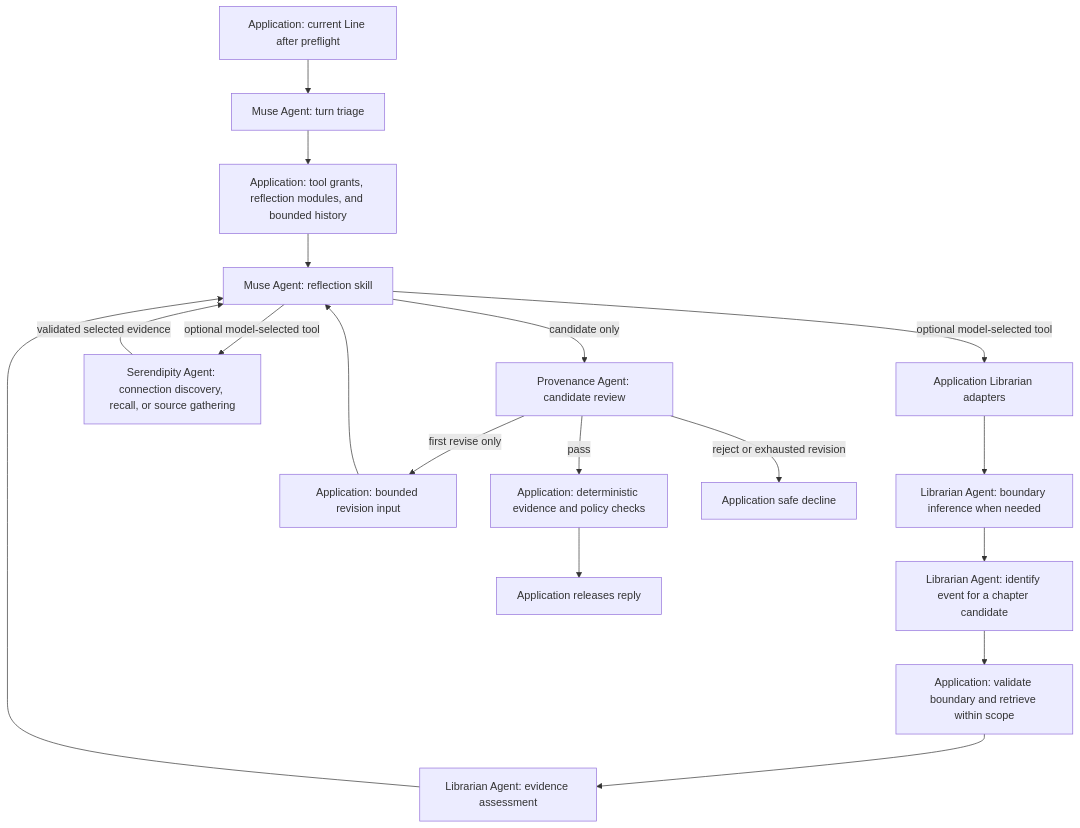
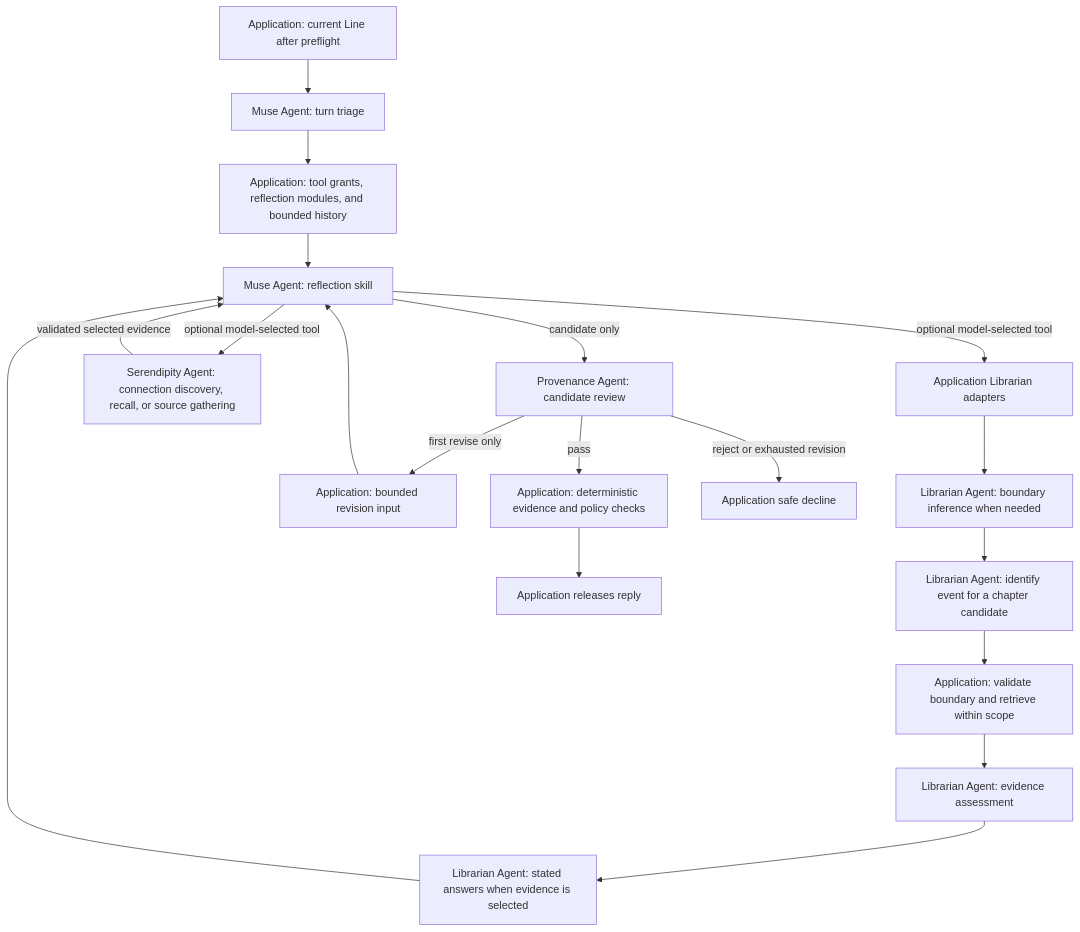
The first of 2 diagrams in docs/specification.md (DesmondChoy/linger), drawn with Mermaid before and after one commit. The commit also changed other lines of this file and 20 other files, not shown here.

Commit message:
feat: list the answers selected records state

````diff
--- a/docs/specification.md
+++ b/docs/specification.md
@@ -307,20 +307,21 @@
 ```mermaid
 flowchart TD
     A[Application: current Line after preflight] --> T[Muse Agent: turn triage]
     T --> G[Application: tool grants, reflection modules, and bounded history]
     G --> M[Muse Agent: reflection skill]
     M -->|optional model-selected tool| L[Application Librarian adapters]
     L --> B[Librarian Agent: boundary inference when needed]
     B --> I[Librarian Agent: identify event for a chapter candidate]
     I --> R[Application: validate boundary and retrieve within scope]
     R --> E[Librarian Agent: evidence assessment]
-    E --> M
+    E --> W[Librarian Agent: stated answers when evidence is selected]
+    W --> M
     M -->|optional model-selected tool| S[Serendipity Agent: connection discovery, recall, or source gathering]
     S -->|validated selected evidence| M
     M -->|candidate only| P[Provenance Agent: candidate review]
     P -->|first revise only| V[Application: bounded revision input]
     V --> M
     P -->|pass| D[Application: deterministic evidence and policy checks]
     D --> U[Application releases reply]
     P -->|reject or exhausted revision| F[Application safe decline]
 ```
````
